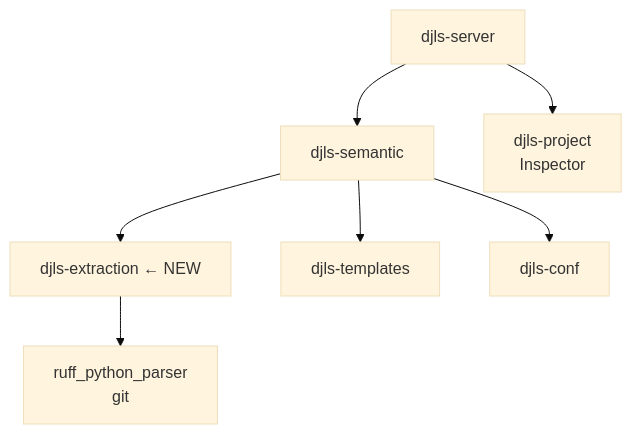
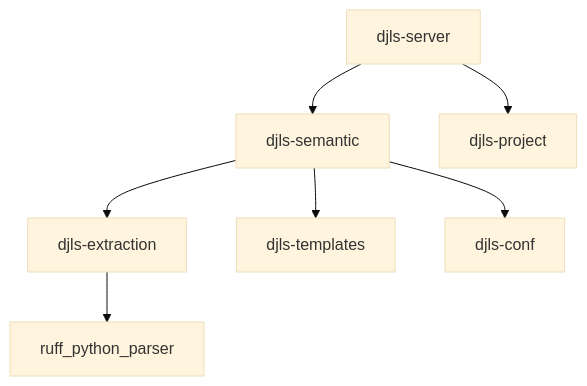
Before and after one commit to joshuadavidthomas/django-language-server: the second of 3 diagrams in .agents/rfcs/2026-02-05-rfc-extraction-placement.md, drawn with Mermaid (base theme). The commit also changed other lines of this file and 12 other files, not shown here.

Commit message:
change ASCII diagrams to Mermaid

````diff
--- a/.agents/rfcs/2026-02-05-rfc-extraction-placement.md
+++ b/.agents/rfcs/2026-02-05-rfc-extraction-placement.md
@@ -119,13 +126,13 @@
 ```mermaid
 flowchart TB
     Server["djls-server"]
 
     Server --> Semantic["djls-semantic"]
-    Server --> Project["djls-project<br/>Inspector"]
+    Server --> Project["djls-project"]
 
-    Semantic --> Extraction["djls-extraction ← NEW"]
+    Semantic --> Extraction["djls-extraction"]
     Semantic --> Templates["djls-templates"]
     Semantic --> Conf["djls-conf"]
 
-    Extraction --> Ruff["ruff_python_parser<br/>git"]
+    Extraction --> Ruff["ruff_python_parser"]
 ```
````
